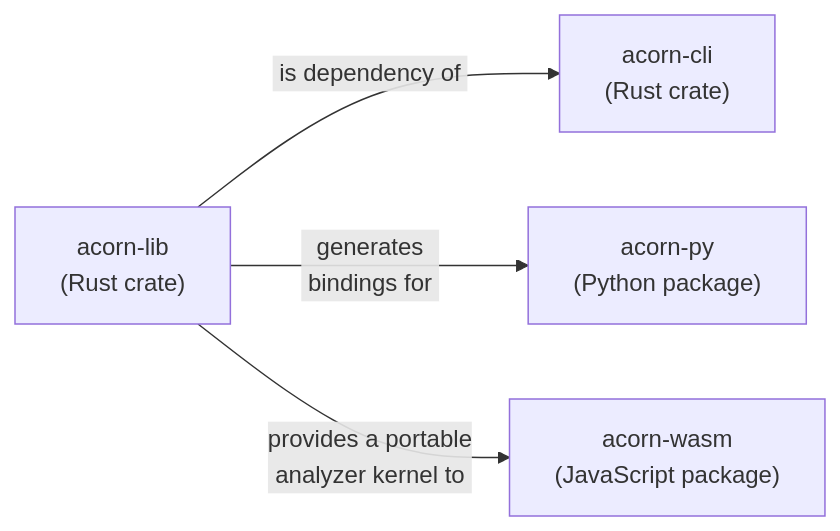
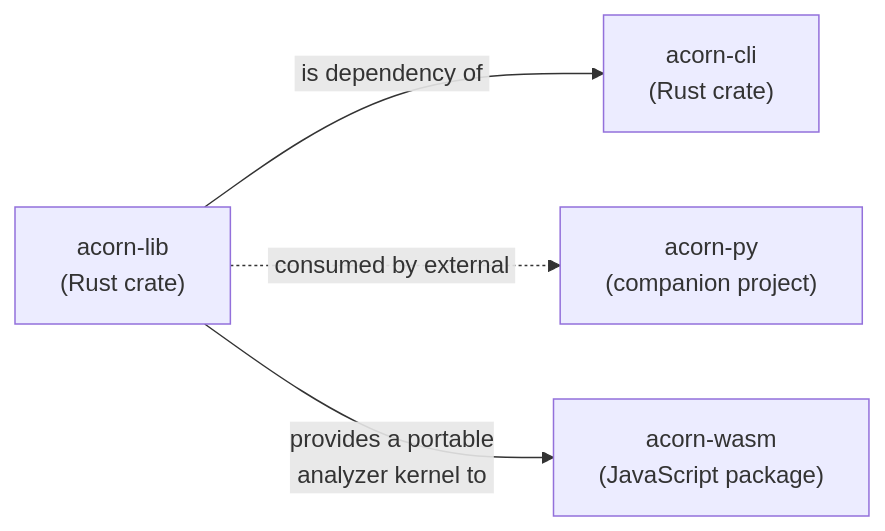
The diagram in docs/src/packages/README.md (jhwohlgemuth/acorn), drawn with Mermaid before and after one commit. The commit also changed 40 other files, not shown here.

Commit message:
feat: Remove acorn-py from acorn workspace (moved to stand-alone project)

````diff
--- a/docs/src/packages/README.md
+++ b/docs/src/packages/README.md
@@ -5,6 +5,6 @@
 ```mermaid
 graph LR
     A["acorn-lib</br>(Rust crate)"] -->|"&nbsp;is dependency of&nbsp;"|B["acorn-cli</br>(Rust crate)"]
-    A -->|"generates</br>&nbsp;bindings for&nbsp;"|C["acorn-py</br>(Python package)"]
+    A -.->|"&nbsp;consumed by external&nbsp;"|C["acorn-py</br>(companion project)"]
     A -->|"provides a portable</br>&nbsp;analyzer kernel to&nbsp;"|D["acorn-wasm</br>(JavaScript package)"]
 ```
````
